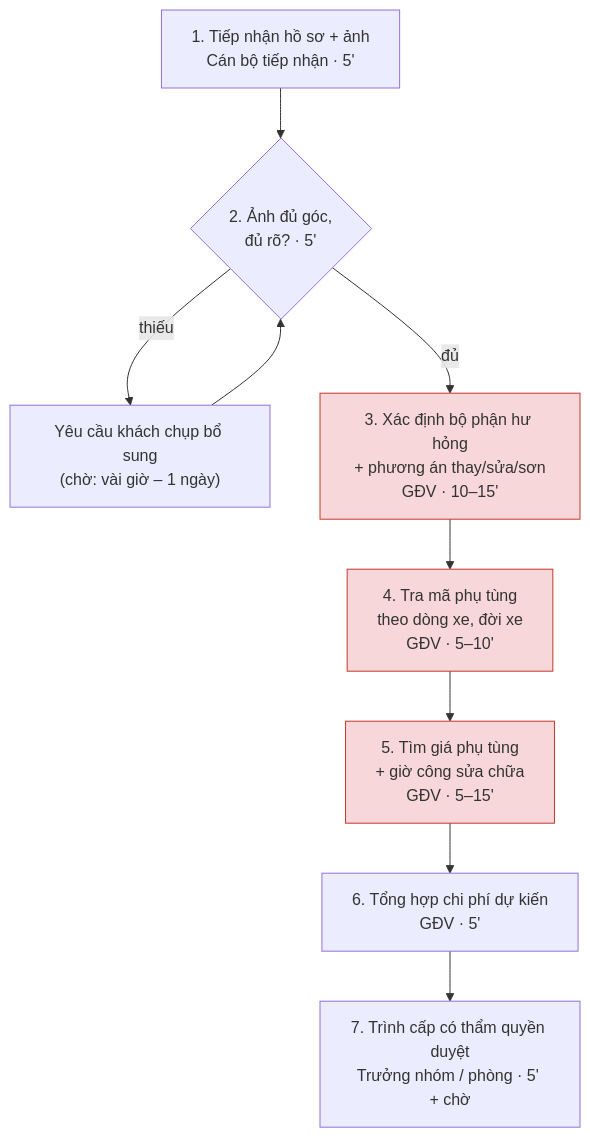
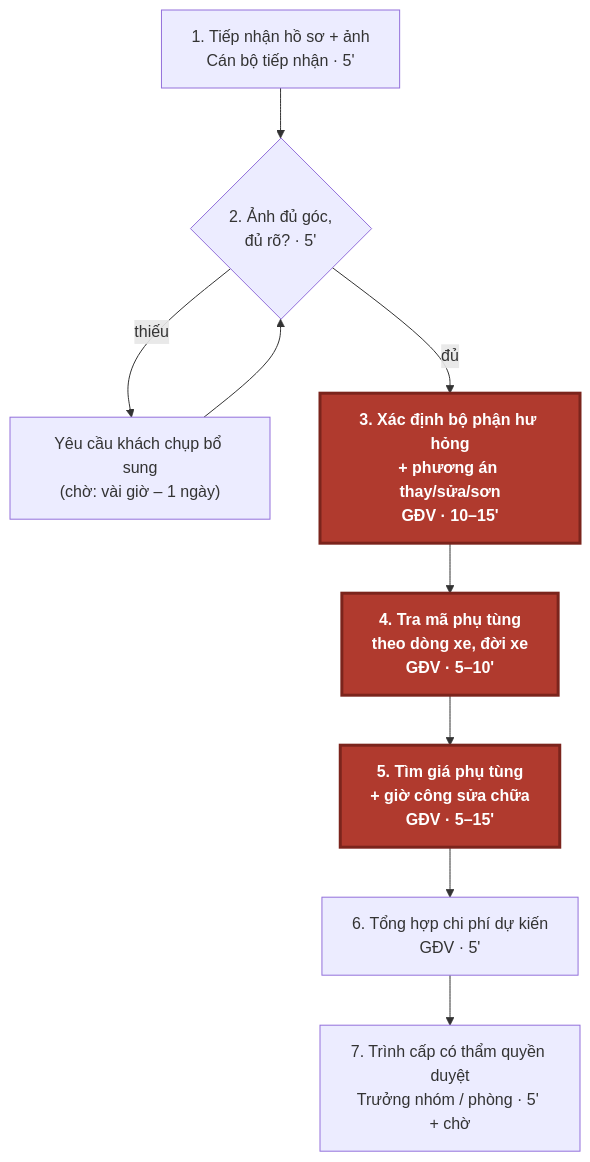
One commit to Ama2352/K5-L3B-DAY02-NhomCold-DiscoveryProblemFraming changed the first of 2 diagrams in report/team/group_report.md. Above: the diagram before and after it, drawn with Mermaid. The commit also changed other lines of this file, not shown here.

Commit message:
CP5: doi mau so do Mermaid de doc ro o ca che do sang va toi

````diff
--- a/report/team/group_report.md
+++ b/report/team/group_report.md
@@ -127,15 +127,14 @@
 ```mermaid
 flowchart TD
   A["1. Tiếp nhận hồ sơ + ảnh<br/>Cán bộ tiếp nhận · 5'"] --> B{"2. Ảnh đủ góc,<br/>đủ rõ? · 5'"}
   B -- "thiếu" --> B2["Yêu cầu khách chụp bổ sung<br/>(chờ: vài giờ – 1 ngày)"]
   B2 --> B
   B -- "đủ" --> C["3. Xác định bộ phận hư hỏng<br/>+ phương án thay/sửa/sơn<br/>GĐV · 10–15'"]
   C --> D["4. Tra mã phụ tùng<br/>theo dòng xe, đời xe<br/>GĐV · 5–10'"]
   D --> E["5. Tìm giá phụ tùng<br/>+ giờ công sửa chữa<br/>GĐV · 5–15'"]
   E --> F["6. Tổng hợp chi phí dự kiến<br/>GĐV · 5'"]
   F --> G["7. Trình cấp có thẩm quyền duyệt<br/>Trưởng nhóm / phòng · 5' + chờ"]
 
-  style C fill:#f8d7da,stroke:#c0392b
-  style D fill:#f8d7da,stroke:#c0392b
-  style E fill:#f8d7da,stroke:#c0392b
+  classDef bottleneck fill:#b03a2e,stroke:#7b241c,stroke-width:3px,color:#ffffff,font-weight:bold
+  class C,D,E bottleneck
 ```
````
